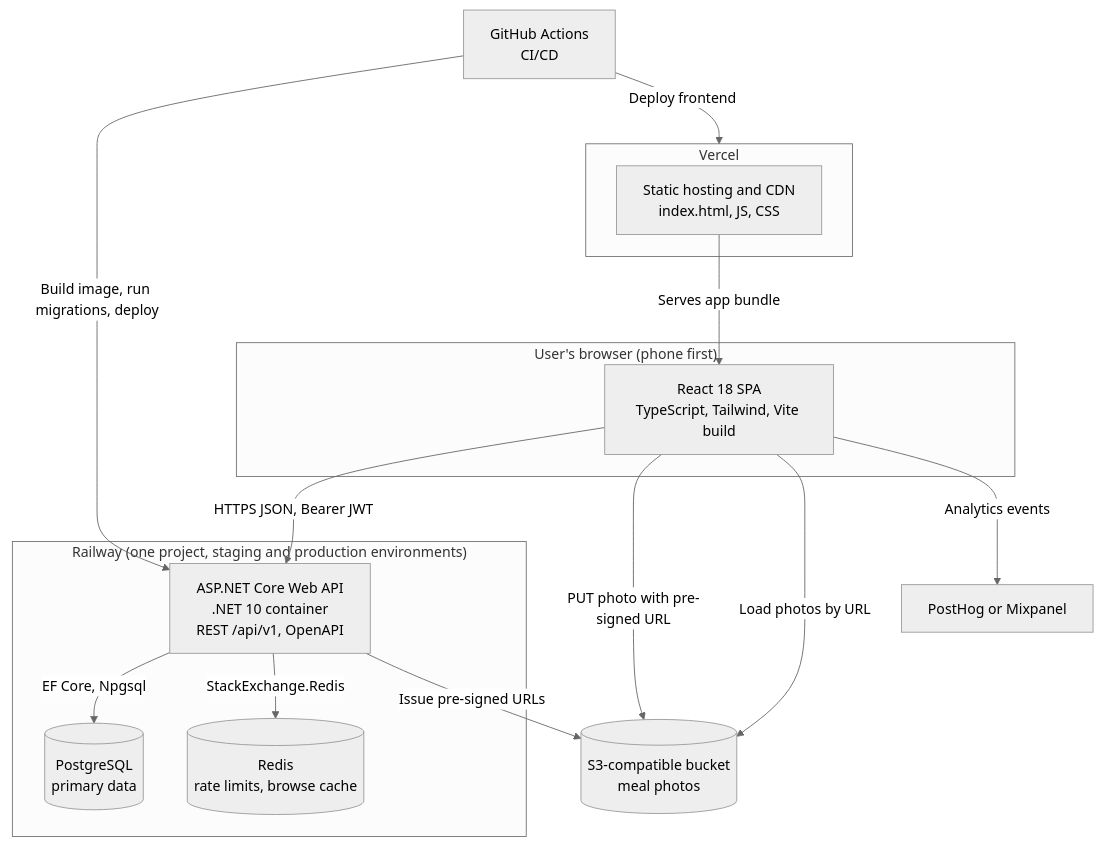
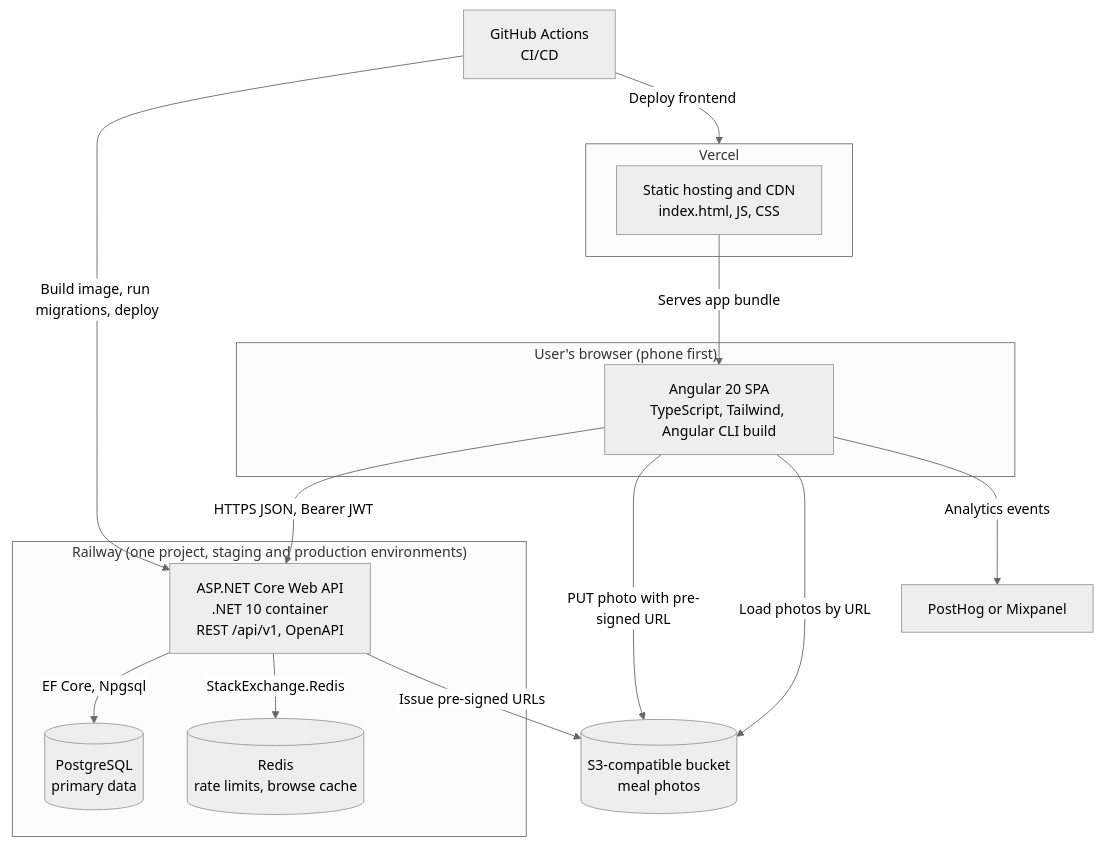
One commit to ranaagowayyed-maker/Home-to-Home changed the second of 11 diagrams in docs/ARCHITECTURE.md. Above: the diagram before and after it, drawn with Mermaid (neutral theme). The commit also changed other lines of this file and 83 other files, not shown here.

````diff
--- a/docs/ARCHITECTURE.md
+++ b/docs/ARCHITECTURE.md
@@ -51,31 +51,31 @@
 ```mermaid
 flowchart TB
     subgraph browser["User's browser (phone first)"]
-        spa["React 18 SPA<br/>TypeScript, Tailwind, Vite build"]
+        spa["Angular 20 SPA<br/>TypeScript, Tailwind, Angular CLI build"]
     end
 
     subgraph vercel["Vercel"]
         cdn["Static hosting and CDN<br/>index.html, JS, CSS"]
     end
 
     subgraph railway["Railway (one project, staging and production environments)"]
         api["ASP.NET Core Web API<br/>.NET 10 container<br/>REST /api/v1, OpenAPI"]
         pg[("PostgreSQL<br/>primary data")]
         redis[("Redis<br/>rate limits, browse cache")]
     end
 
     s3[("S3-compatible bucket<br/>meal photos")]
     ph["PostHog or Mixpanel"]
     gh["GitHub Actions<br/>CI/CD"]
 
     cdn -->|"Serves app bundle"| spa
     spa -->|"HTTPS JSON, Bearer JWT"| api
     spa -->|"PUT photo with pre-signed URL"| s3
     spa -->|"Load photos by URL"| s3
     spa -->|"Analytics events"| ph
     api -->|"EF Core, Npgsql"| pg
     api -->|"StackExchange.Redis"| redis
     api -->|"Issue pre-signed URLs"| s3
     gh -->|"Deploy frontend"| vercel
     gh -->|"Build image, run migrations, deploy"| api
 ```
````
